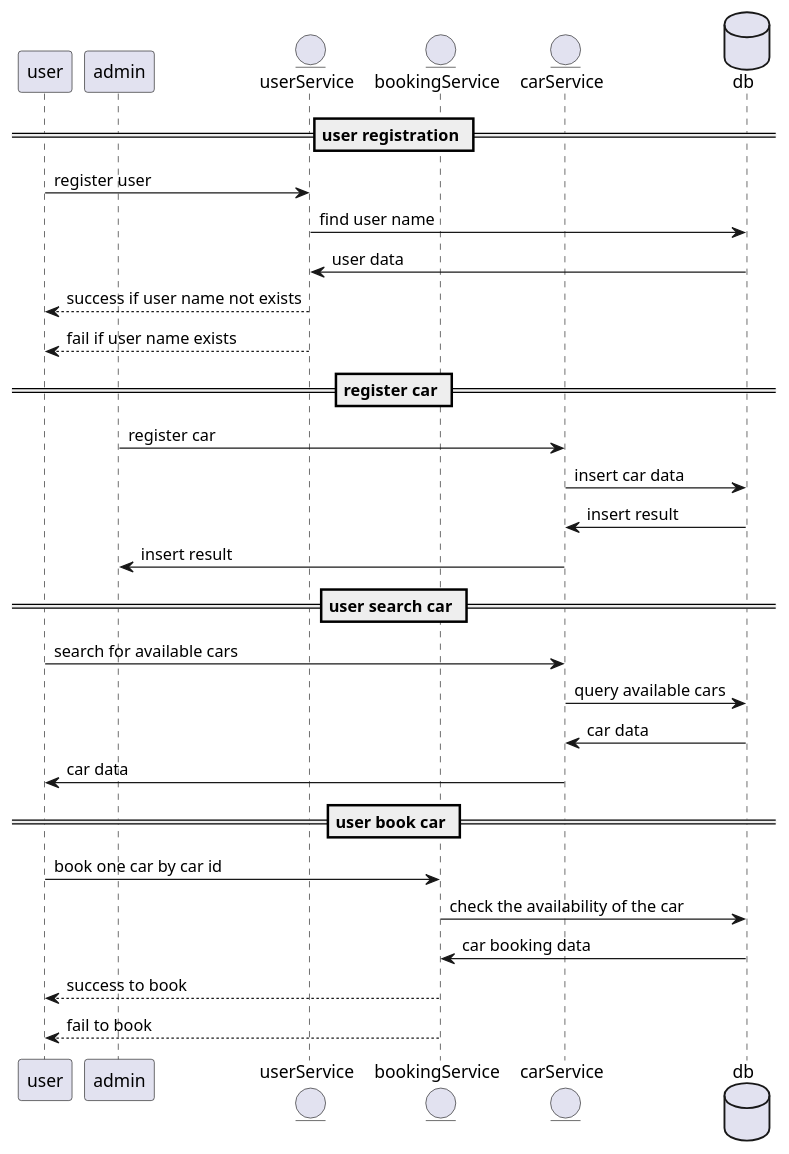
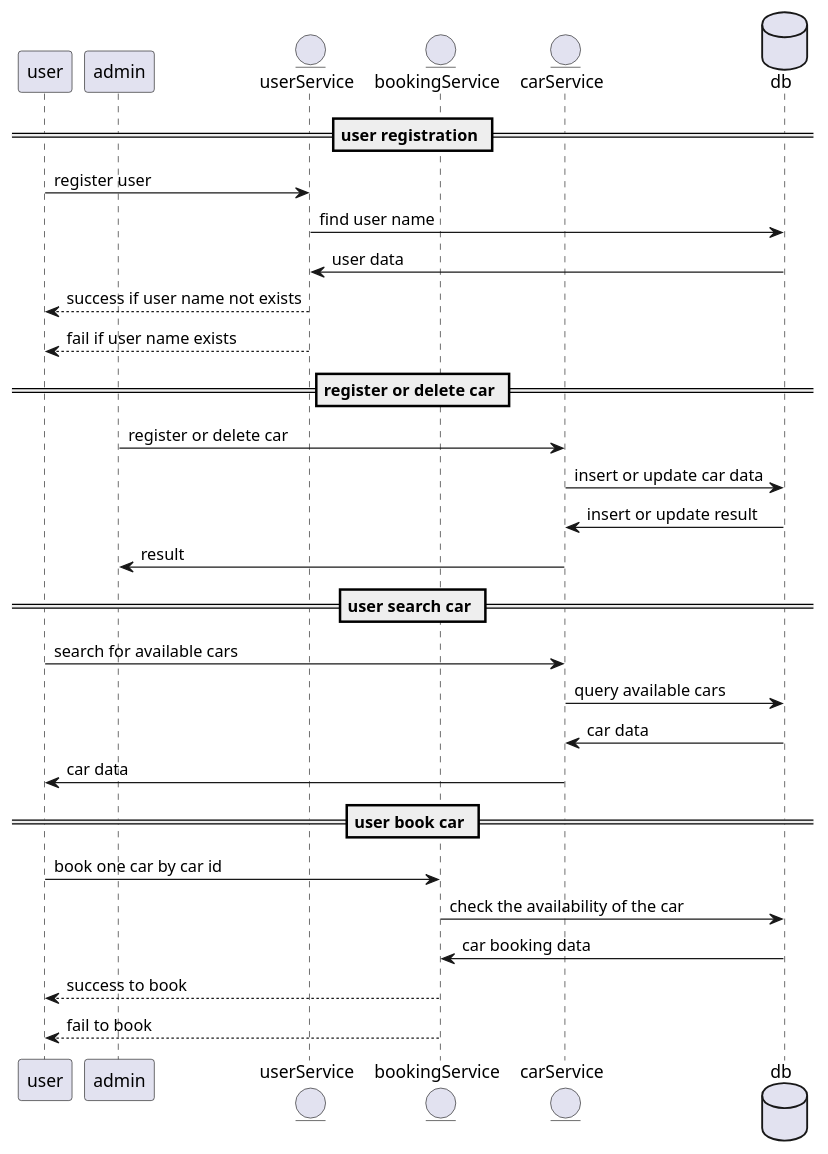
Before and after one commit to yyyfor/car-rental: the diagram in sequence.puml, drawn with PlantUML. The commit also changed 89 other files, not shown here.

```diff
--- a/sequence.puml
+++ b/sequence.puml
@@ -1,35 +1,35 @@
 @startuml
 
 participant user
 participant admin
 entity userService as us
 entity bookingService as bs
 entity carService as cs
 database db
 
 == user registration ==
 user -> us: register user
 us -> db: find user name
 db -> us: user data
 us --> user: success if user name not exists
 us --> user: fail if user name exists
 
-== register car ==
-admin -> cs: register car
-cs -> db: insert car data
-db -> cs: insert result
-cs -> admin: insert result
+== register or delete car ==
+admin -> cs: register or delete car
+cs -> db: insert or update car data
+db -> cs: insert or update result
+cs -> admin: result
 
 == user search car ==
 user -> cs: search for available cars
 cs -> db: query available cars
 db -> cs: car data
 cs -> user: car data
 
 == user book car ==
 user -> bs: book one car by car id
 bs -> db: check the availability of the car
 db -> bs: car booking data
 bs --> user: success to book
 bs --> user: fail to book
 @enduml
```
